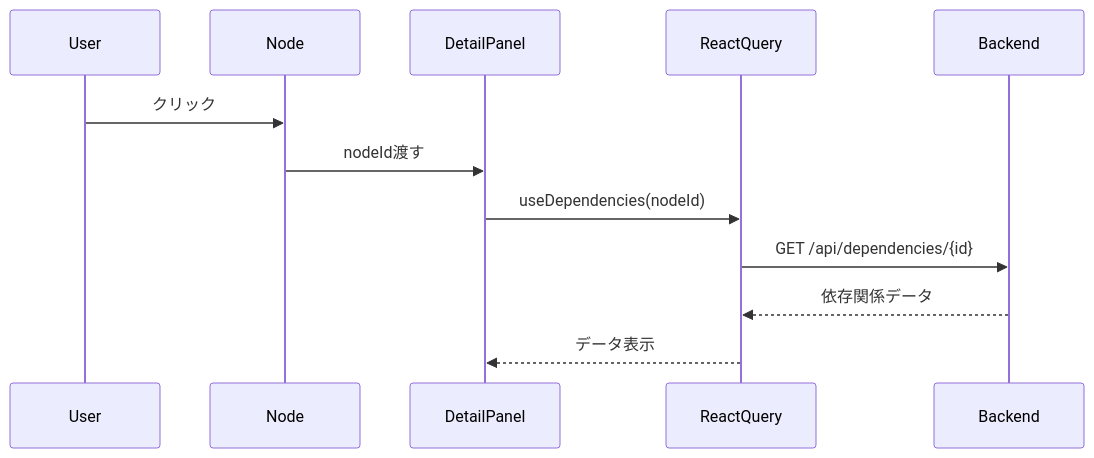
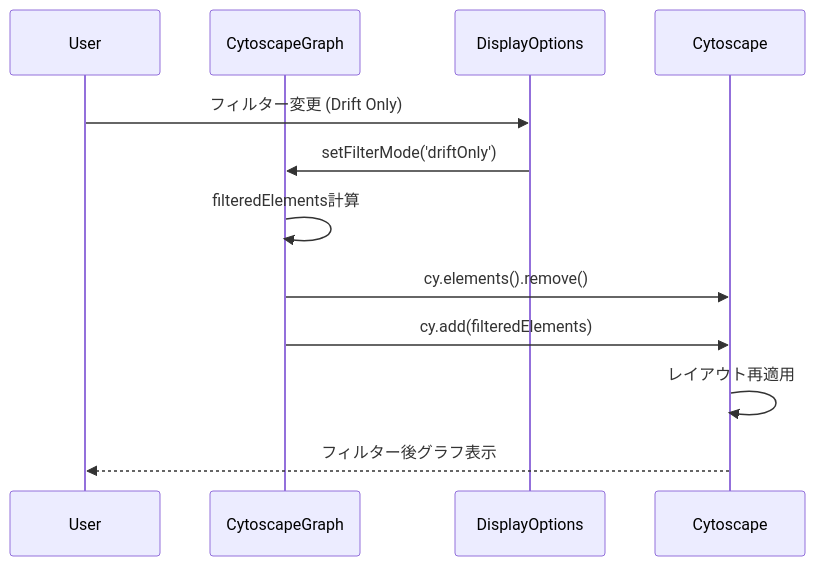
Before and after one commit to higakikeita/tfdrift-falco: the third of 3 diagrams in ui/docs/ARCHITECTURE.md, drawn with Mermaid. The commit also changed other lines of this file and 2 other files, not shown here.

````diff
--- a/ui/docs/ARCHITECTURE.md
+++ b/ui/docs/ARCHITECTURE.md
@@ -169,15 +269,15 @@
 ```mermaid
 sequenceDiagram
     participant User
-    participant Node
-    participant DetailPanel
-    participant ReactQuery
-    participant Backend
+    participant CytoscapeGraph
+    participant DisplayOptions
+    participant Cytoscape
 
-    User->>Node: クリック
-    Node->>DetailPanel: nodeId渡す
-    DetailPanel->>ReactQuery: useDependencies(nodeId)
-    ReactQuery->>Backend: GET /api/dependencies/{id}
-    Backend-->>ReactQuery: 依存関係データ
-    ReactQuery-->>DetailPanel: データ表示
+    User->>DisplayOptions: フィルター変更 (Drift Only)
+    DisplayOptions->>CytoscapeGraph: setFilterMode('driftOnly')
+    CytoscapeGraph->>CytoscapeGraph: filteredElements計算
+    CytoscapeGraph->>Cytoscape: cy.elements().remove()
+    CytoscapeGraph->>Cytoscape: cy.add(filteredElements)
+    Cytoscape->>Cytoscape: レイアウト再適用
+    Cytoscape-->>User: フィルター後グラフ表示
 ```
````
